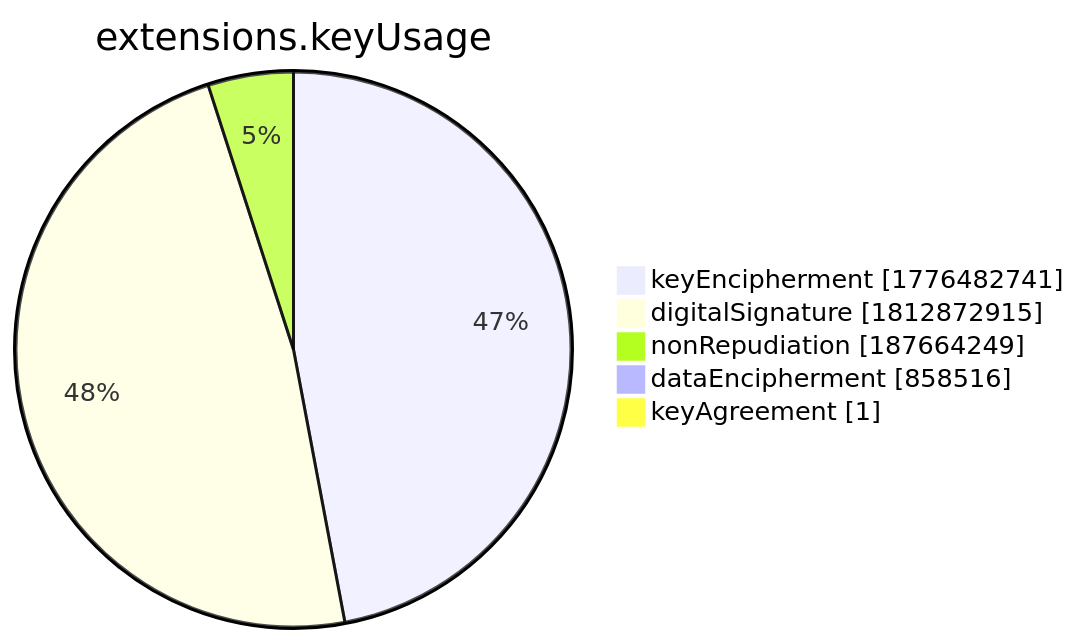
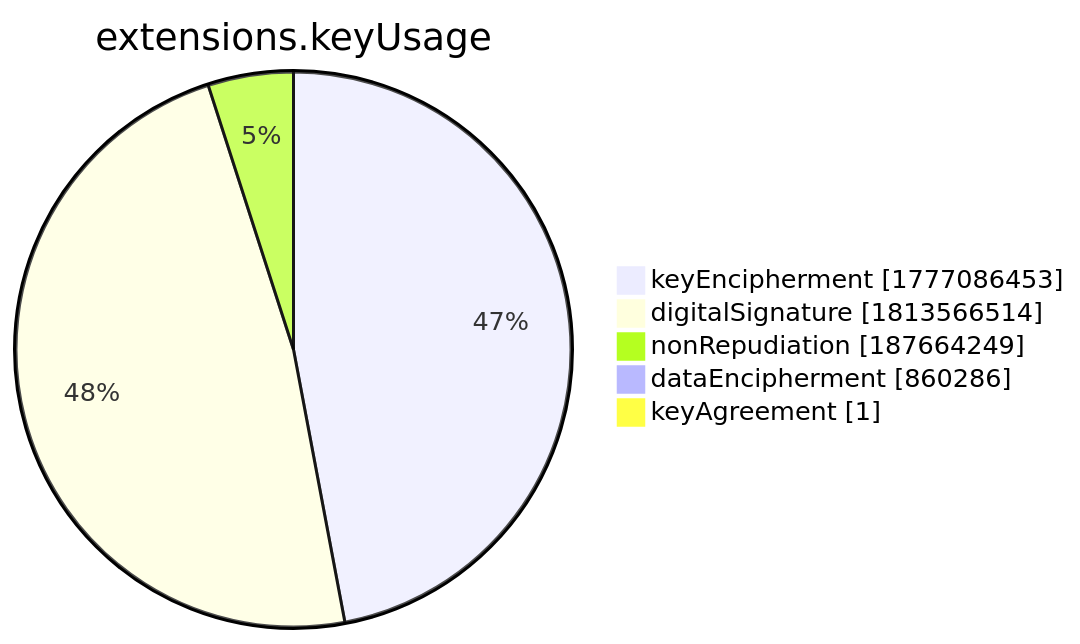
One commit to christiankrug/ctmonitor_visualization changed the seventh of 15 diagrams in xenon2022/README.md. Above: the diagram before and after it, drawn with Mermaid. The commit also changed other lines of this file, not shown here.

````diff
--- a/xenon2022/README.md
+++ b/xenon2022/README.md
@@ -2859,9 +2859,9 @@
 ```mermaid
 pie showData
 title extensions.keyUsage
-"keyEncipherment" :1776482741
-"digitalSignature" :1812872915
+"keyEncipherment" :1777086453
+"digitalSignature" :1813566514
 "nonRepudiation" :187664249
-"dataEncipherment" :858516
+"dataEncipherment" :860286
 "keyAgreement" :1
 ```
````
